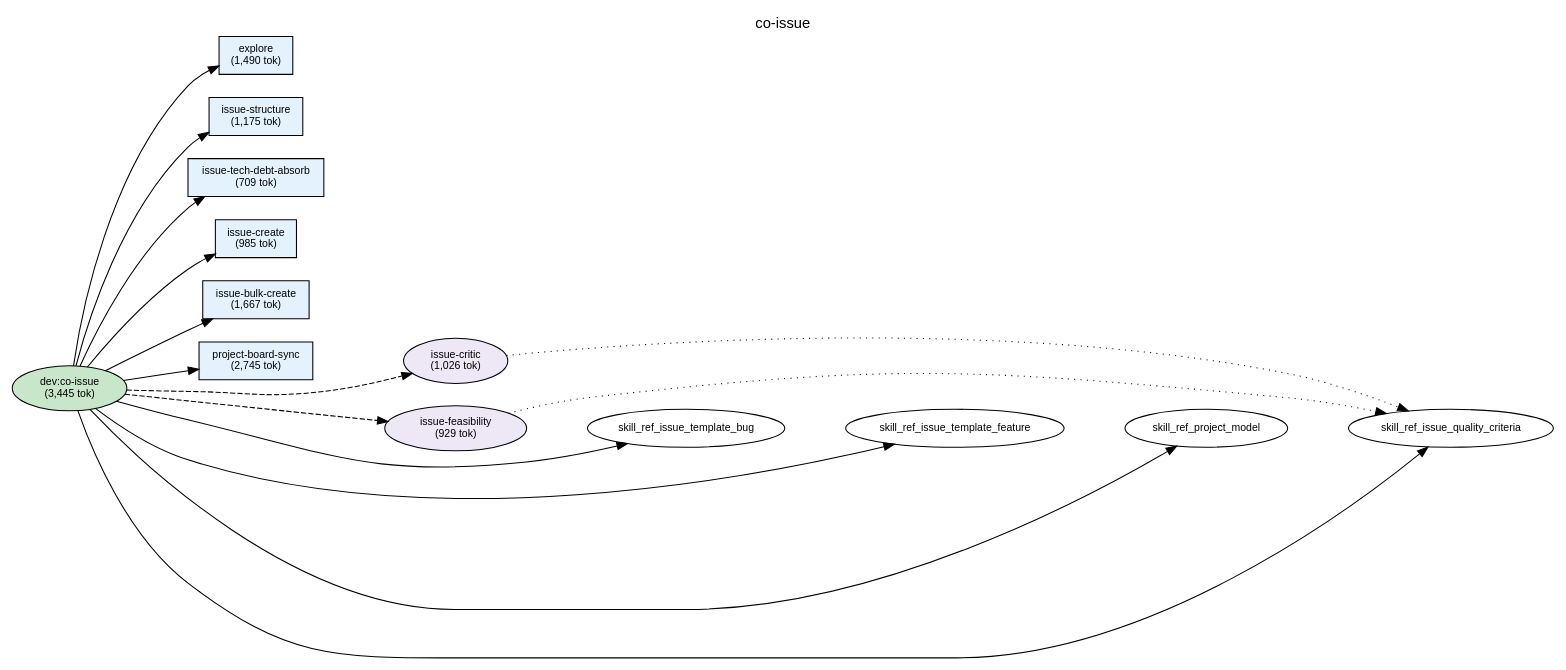
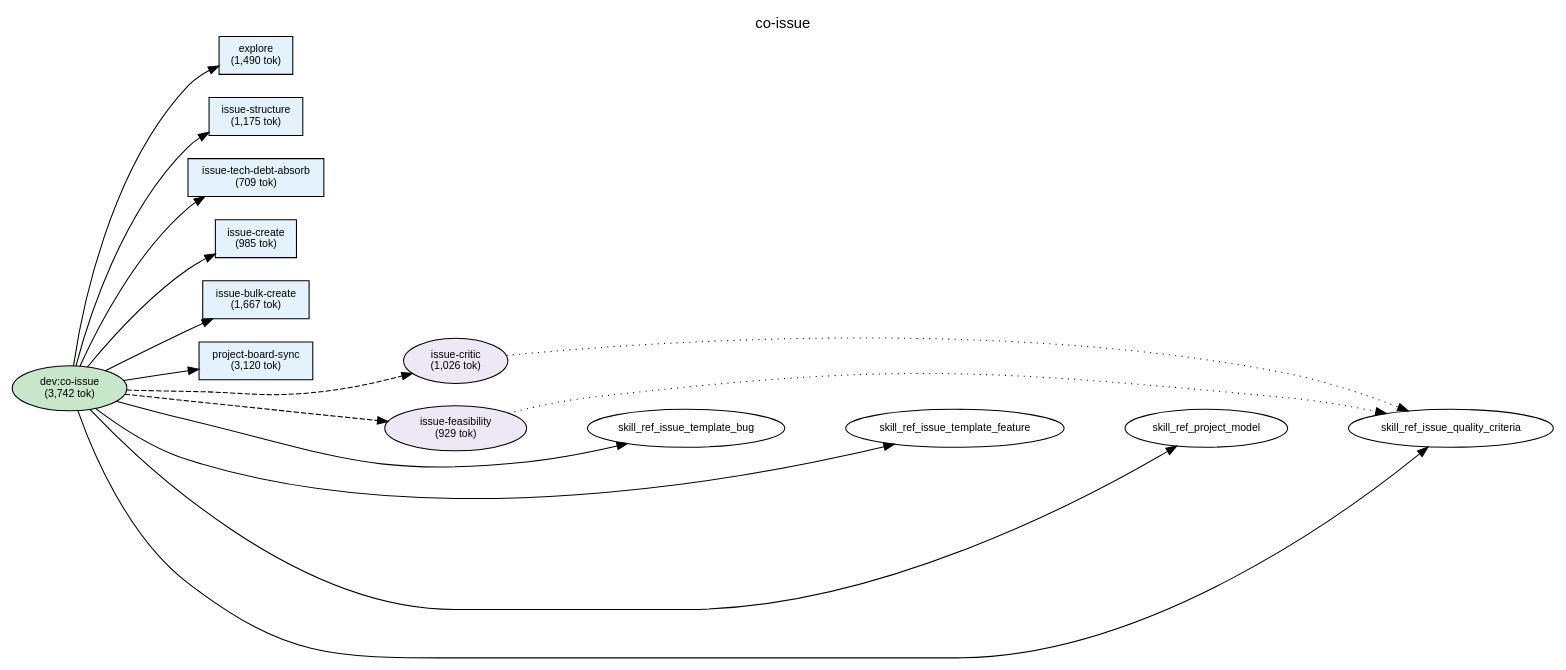
The diagram in plugins/dev/docs/deps-co-issue.dot (shuu5/twill), drawn with Graphviz before and after one commit. The commit also changed 11 other files, not shown here.

```diff
--- a/plugins/dev/docs/deps-co-issue.dot
+++ b/plugins/dev/docs/deps-co-issue.dot
@@ -1,74 +1,74 @@
 digraph Dependencies {
     // Graph settings
     rankdir=LR;
     ranksep=0.8;
     nodesep=0.3;
     fontname="Helvetica";
     node [fontname="Helvetica", fontsize=10];
     edge [fontname="Helvetica", fontsize=9];
     label="co-issue";
     labelloc=t;
     fontsize=14;
 
     // L0: Controller Skills
-    skill_co_issue [label="dev:co-issue\n(3,445 tok)", shape=ellipse, style=filled, fillcolor="#c8e6c9"];
+    skill_co_issue [label="dev:co-issue\n(3,742 tok)", shape=ellipse, style=filled, fillcolor="#c8e6c9"];
 
     // L0: Launchers
 
     // L0.5: Workflow Skills
 
     // Reference Skills
 
     // L1: Direct Commands
     cmd_issue_structure [label="issue-structure\n(1,175 tok)", shape=box, style=filled, fillcolor="#e3f2fd"];
     cmd_issue_create [label="issue-create\n(985 tok)", shape=box, style=filled, fillcolor="#e3f2fd"];
     cmd_issue_bulk_create [label="issue-bulk-create\n(1,667 tok)", shape=box, style=filled, fillcolor="#e3f2fd"];
     cmd_issue_tech_debt_absorb [label="issue-tech-debt-absorb\n(709 tok)", shape=box, style=filled, fillcolor="#e3f2fd"];
-    cmd_project_board_sync [label="project-board-sync\n(2,745 tok)", shape=box, style=filled, fillcolor="#e3f2fd"];
+    cmd_project_board_sync [label="project-board-sync\n(3,120 tok)", shape=box, style=filled, fillcolor="#e3f2fd"];
     cmd_explore [label="explore\n(1,490 tok)", shape=box, style=filled, fillcolor="#e3f2fd"];
 
     // L2: Sub Commands
 
     // L3: Agents
     agent_issue_critic [label="issue-critic\n(1,026 tok)", shape=ellipse, style=filled, fillcolor="#ede7f6"];
     agent_issue_feasibility [label="issue-feasibility\n(929 tok)", shape=ellipse, style=filled, fillcolor="#ede7f6"];
 
     // L3.5: Scripts
 
     // L4: External
 
     // Layer constraints
     { rank=same; skill_co_issue; }
     { rank=same; cmd_issue_structure; cmd_issue_create; cmd_issue_bulk_create; cmd_issue_tech_debt_absorb; cmd_project_board_sync; cmd_explore; }
     { rank=same; agent_issue_critic; agent_issue_feasibility; }
 
     // Edges
     skill_co_issue -> cmd_explore;
     skill_co_issue -> cmd_issue_structure;
     skill_co_issue -> cmd_issue_tech_debt_absorb;
     skill_co_issue -> cmd_issue_create;
     skill_co_issue -> cmd_issue_bulk_create;
     skill_co_issue -> cmd_project_board_sync;
     skill_co_issue -> agent_issue_critic [style=dashed];
     skill_co_issue -> agent_issue_feasibility [style=dashed];
     skill_co_issue -> skill_ref_issue_template_bug;
     skill_co_issue -> skill_ref_issue_template_feature;
     skill_co_issue -> skill_ref_project_model;
     skill_co_issue -> skill_ref_issue_quality_criteria;
     agent_issue_critic -> skill_ref_issue_quality_criteria [style=dotted];
     agent_issue_feasibility -> skill_ref_issue_quality_criteria [style=dotted];
 
     // Ordering constraints (invisible edges)
     cmd_explore -> cmd_issue_structure [style=invis, weight=10];
     cmd_issue_structure -> cmd_issue_tech_debt_absorb [style=invis, weight=10];
     cmd_issue_tech_debt_absorb -> cmd_issue_create [style=invis, weight=10];
     cmd_issue_create -> cmd_issue_bulk_create [style=invis, weight=10];
     cmd_issue_bulk_create -> cmd_project_board_sync [style=invis, weight=10];
     cmd_project_board_sync -> agent_issue_critic [style=invis, weight=10];
     agent_issue_critic -> agent_issue_feasibility [style=invis, weight=10];
     agent_issue_feasibility -> skill_ref_issue_template_bug [style=invis, weight=10];
     skill_ref_issue_template_bug -> skill_ref_issue_template_feature [style=invis, weight=10];
     skill_ref_issue_template_feature -> skill_ref_project_model [style=invis, weight=10];
     skill_ref_project_model -> skill_ref_issue_quality_criteria [style=invis, weight=10];
 
 }
```
